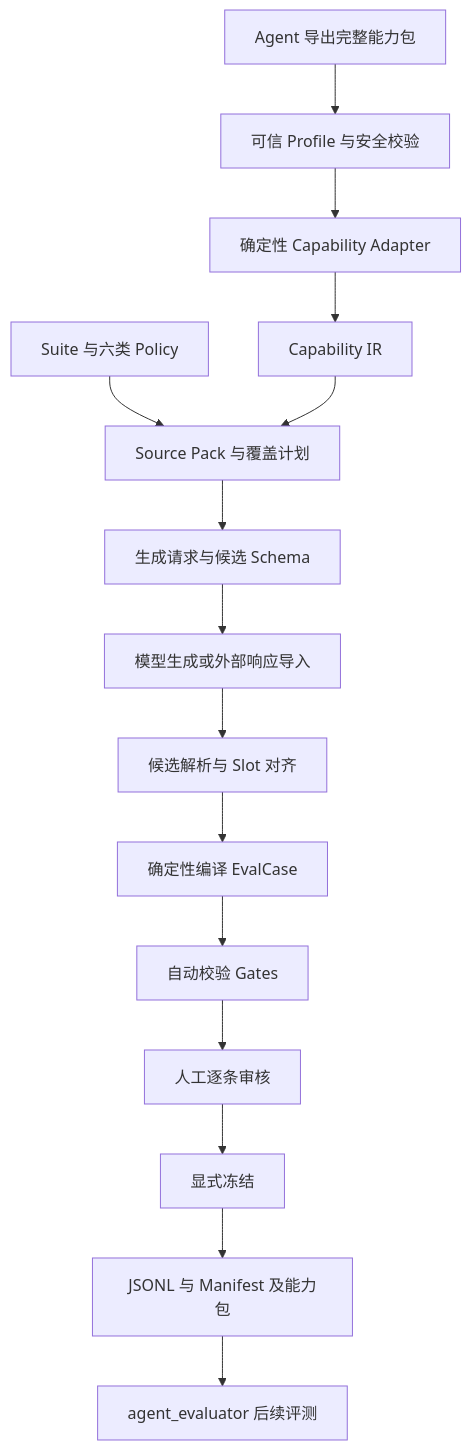
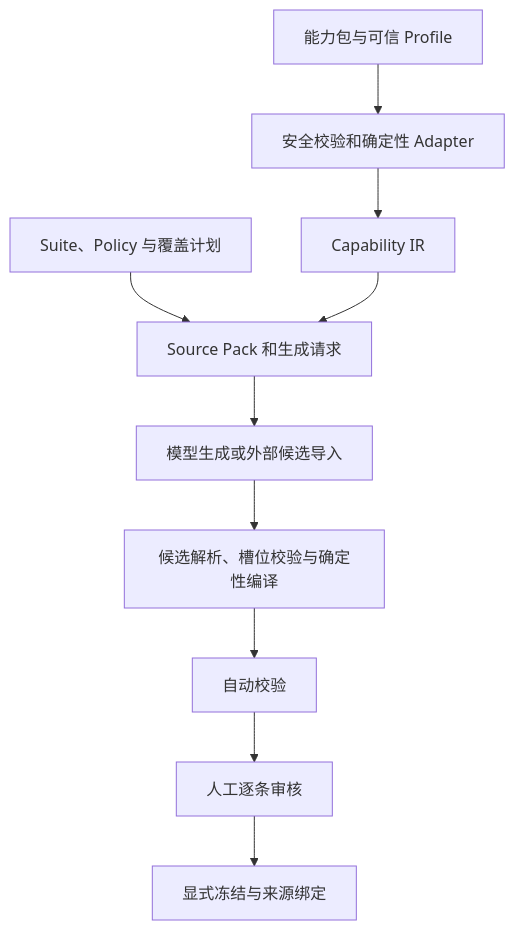
The diagram in packages/dataset-builder/PROJECT_OVERVIEW.md (tester-yuanyu/agent_eval_harness), drawn with Mermaid before and after one commit. The commit also changed other lines of this file and 133 other files, not shown here.

````diff
--- a/packages/dataset-builder/PROJECT_OVERVIEW.md
+++ b/packages/dataset-builder/PROJECT_OVERVIEW.md
@@ -31,17 +13,12 @@
 ```mermaid
 flowchart TD
-    A[Agent 导出完整能力包] --> B[可信 Profile 与安全校验]
-    B --> C[确定性 Capability Adapter]
-    C --> D[Capability IR]
-    S[Suite 与六类 Policy] --> E[Source Pack 与覆盖计划]
-    D --> E
-    E --> F[生成请求与候选 Schema]
-    F --> G[模型生成或外部响应导入]
-    G --> H[候选解析与 Slot 对齐]
-    H --> I[确定性编译 EvalCase]
-    I --> J[自动校验 Gates]
-    J --> K[人工逐条审核]
-    K --> L[显式冻结]
-    L --> M[JSONL 与 Manifest 及能力包]
-    M --> N[agent_evaluator 后续评测]
+    A[能力包与可信 Profile] --> B[安全校验和确定性 Adapter]
+    B --> C[Capability IR]
+    S[Suite、Policy 与覆盖计划] --> D[Source Pack 和生成请求]
+    C --> D
+    D --> E[模型生成或外部候选导入]
+    E --> F[候选解析、槽位校验与确定性编译]
+    F --> G[自动校验]
+    G --> H[人工逐条审核]
+    H --> I[显式冻结与来源绑定]
 ```
````
